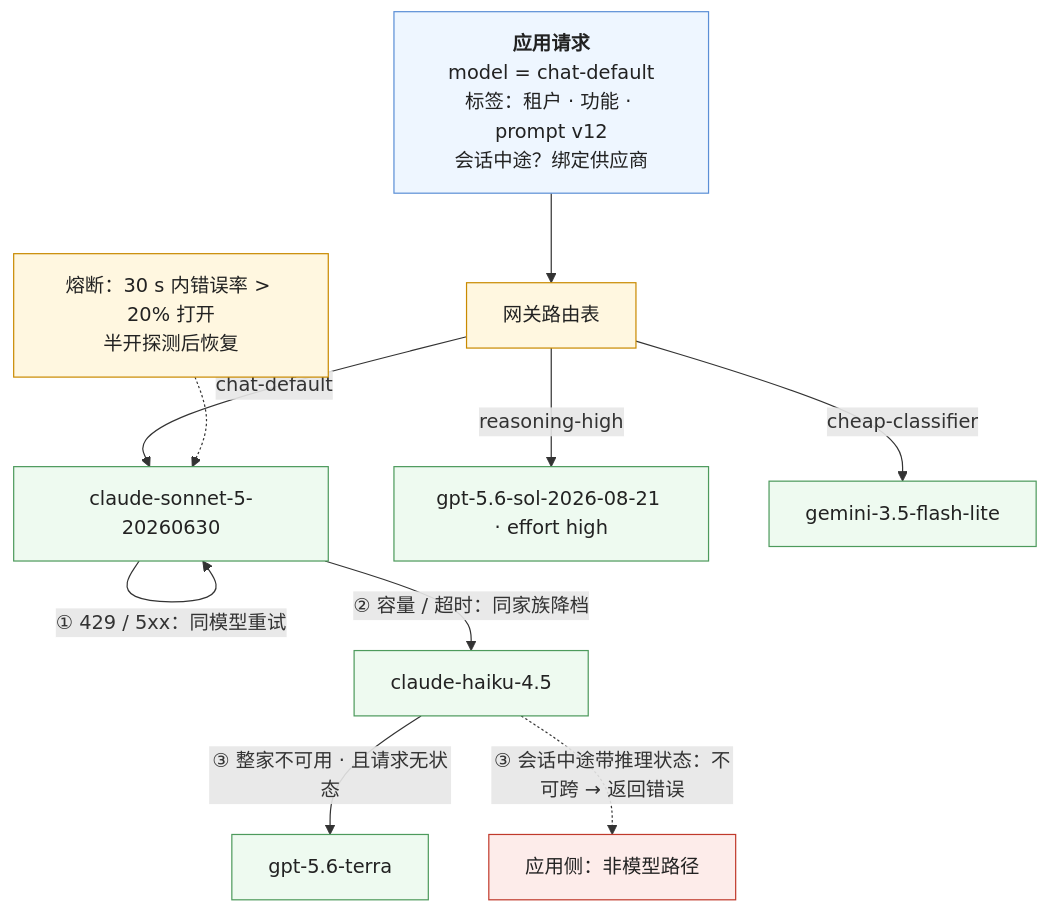
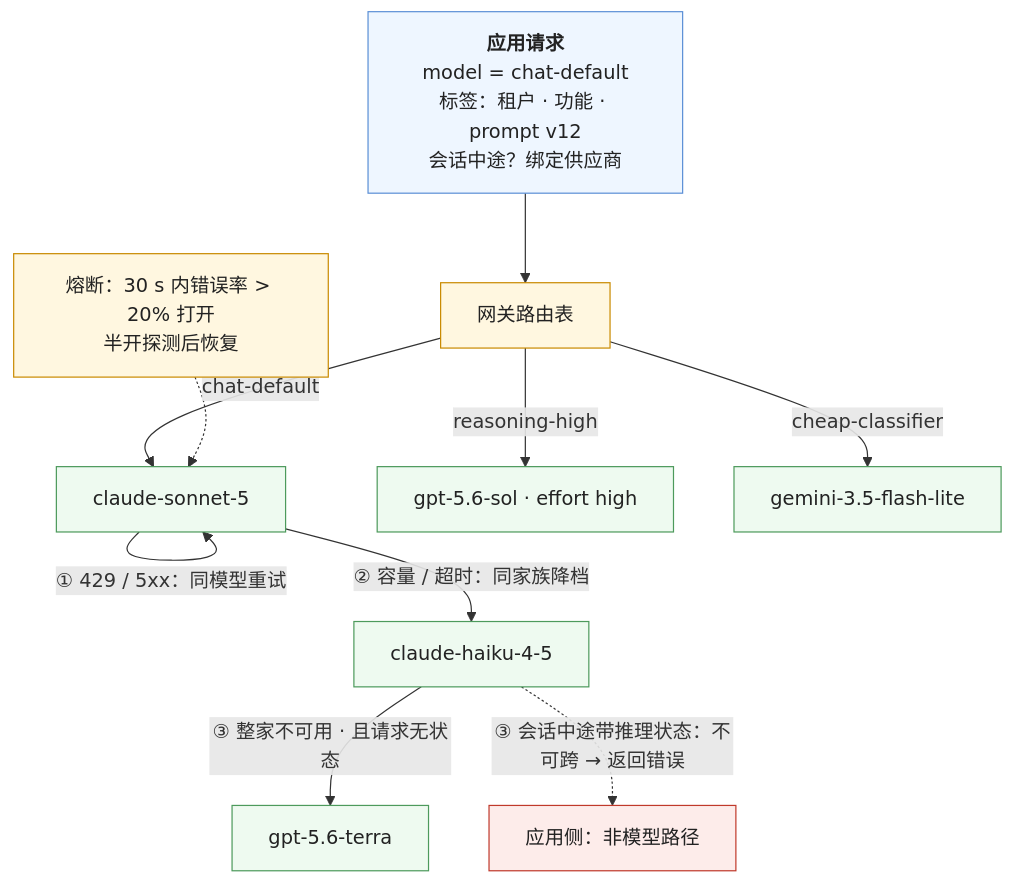
The second of 5 diagrams in _posts/2026-11-08-model-gateway-the-layer-every-call-goes-through.md (arganzheng/arganzheng.github.com), drawn with Mermaid before and after one commit.

Commit message:
生产化与运营：事实核对，改正 3 处模型 ID
《模型网关》路由表图里的模型 ID 改成厂商文档里的正式写法：
- claude-sonnet-5-20260630 → claude-sonnet-5（4.6 代起不带日期的 ID 即固定快照；https://platform.claude.com/docs/en/models/sonnet-5/overview）
- gpt-5.6-sol-2026-08-21 → gpt-5.6-sol（模型页只有这一个快照，08-21 是调价不是新快照；https://developers.openai.com/api/docs/models/gpt-5.6-sol 、https://developers.openai.com/api/docs/changelog）
- claude-haiku-4.5 → claude-haiku-4-5（别名；正式快照 claude-haiku-4-5-20251001；https://platform.claude.com/docs/en/models/haiku-4-5/overview）

CVE、EU AI Act（Reg. 2026/1744）日期、中国标识办法、OWASP 2025、Responses 30 天 / ZDR、缓存与 Batch 倍率均已核实无误。

````diff
--- a/_posts/2026-11-08-model-gateway-the-layer-every-call-goes-through.md
+++ b/_posts/2026-11-08-model-gateway-the-layer-every-call-goes-through.md
@@ -77,21 +77,21 @@
 ```mermaid
 %% 图：逻辑模型名到供应商的路由表——应用只写 chat-default / reasoning-high / cheap-classifier；网关把它映射到具体快照并挂一条 fallback 链：同模型重试 → 同家族降档 → 跨供应商（只对无状态请求；会话中途带推理状态的请求声明「绑定供应商」不可跨）→ 返回错误让应用走非模型路径；换模型只改这张表
 flowchart TB
     APP["<b>应用请求</b><br/>model = chat-default<br/>标签：租户 · 功能 · prompt v12<br/>会话中途？绑定供应商"] --> GW["网关路由表"]
-    GW -->|"chat-default"| M1["claude-sonnet-5-20260630"]
-    GW -->|"reasoning-high"| M2["gpt-5.6-sol-2026-08-21 · effort high"]
+    GW -->|"chat-default"| M1["claude-sonnet-5"]
+    GW -->|"reasoning-high"| M2["gpt-5.6-sol · effort high"]
     GW -->|"cheap-classifier"| M3["gemini-3.5-flash-lite"]
     M1 -->|"① 429 / 5xx：同模型重试"| M1
-    M1 -->|"② 容量 / 超时：同家族降档"| F1["claude-haiku-4.5"]
+    M1 -->|"② 容量 / 超时：同家族降档"| F1["claude-haiku-4-5"]
     F1 -->|"③ 整家不可用 · 且请求无状态"| F2["gpt-5.6-terra"]
     F1 -.->|"③ 会话中途带推理状态：不可跨 → 返回错误"| X["应用侧：非模型路径"]
     C["熔断：30 s 内错误率 > 20% 打开<br/>半开探测后恢复"] -.-> M1
     classDef app fill:#eef6ff,stroke:#5b8fd6,color:#222
     classDef gw fill:#fff7e0,stroke:#c98a00,color:#222
     classDef m fill:#eefaf0,stroke:#4d9a5c,color:#222
     classDef bad fill:#fdecea,stroke:#c0392b,color:#222
     class APP app
     class GW,C gw
     class M1,M2,M3,F1,F2 m
     class X bad
 ```
````
